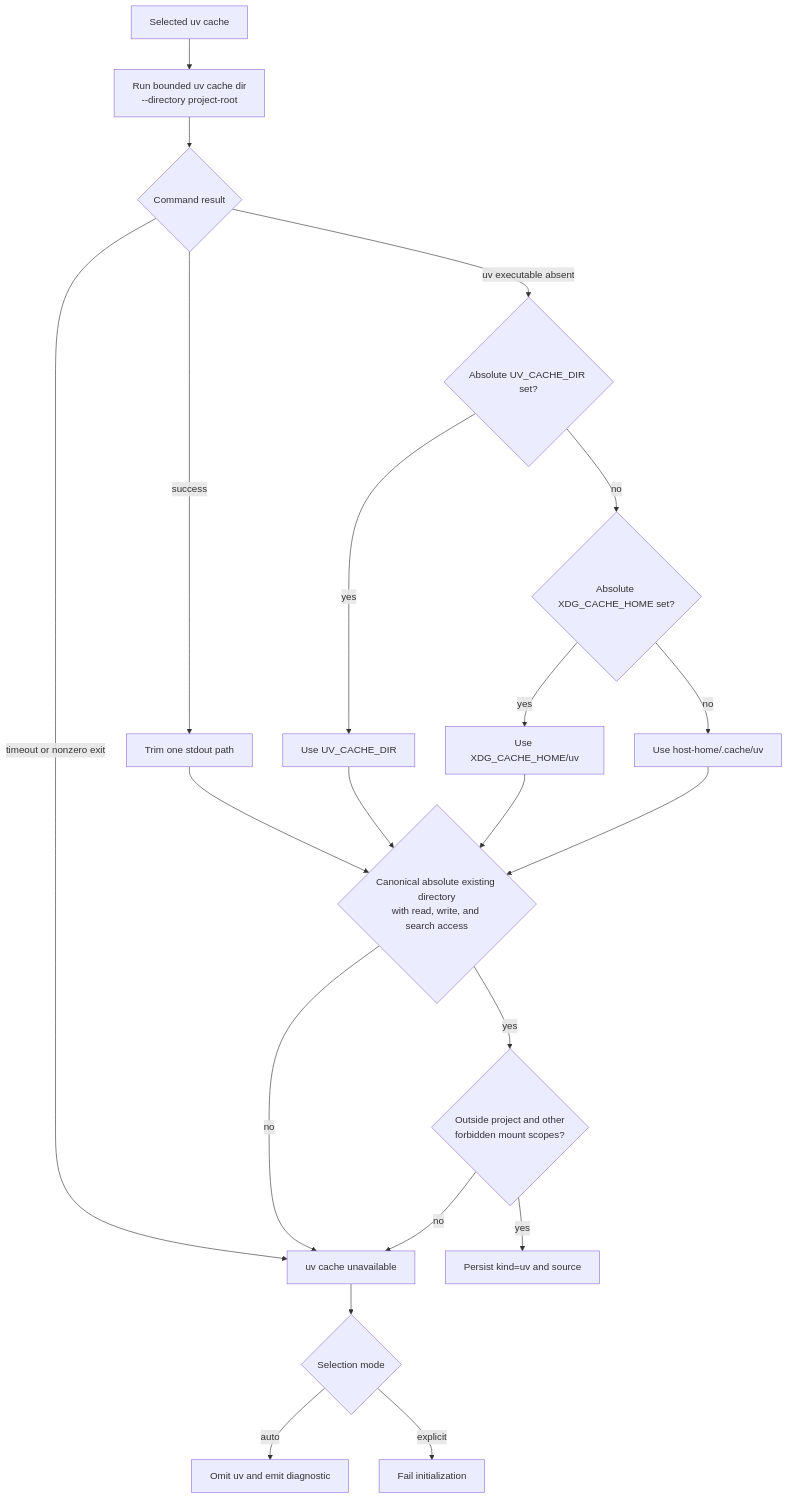
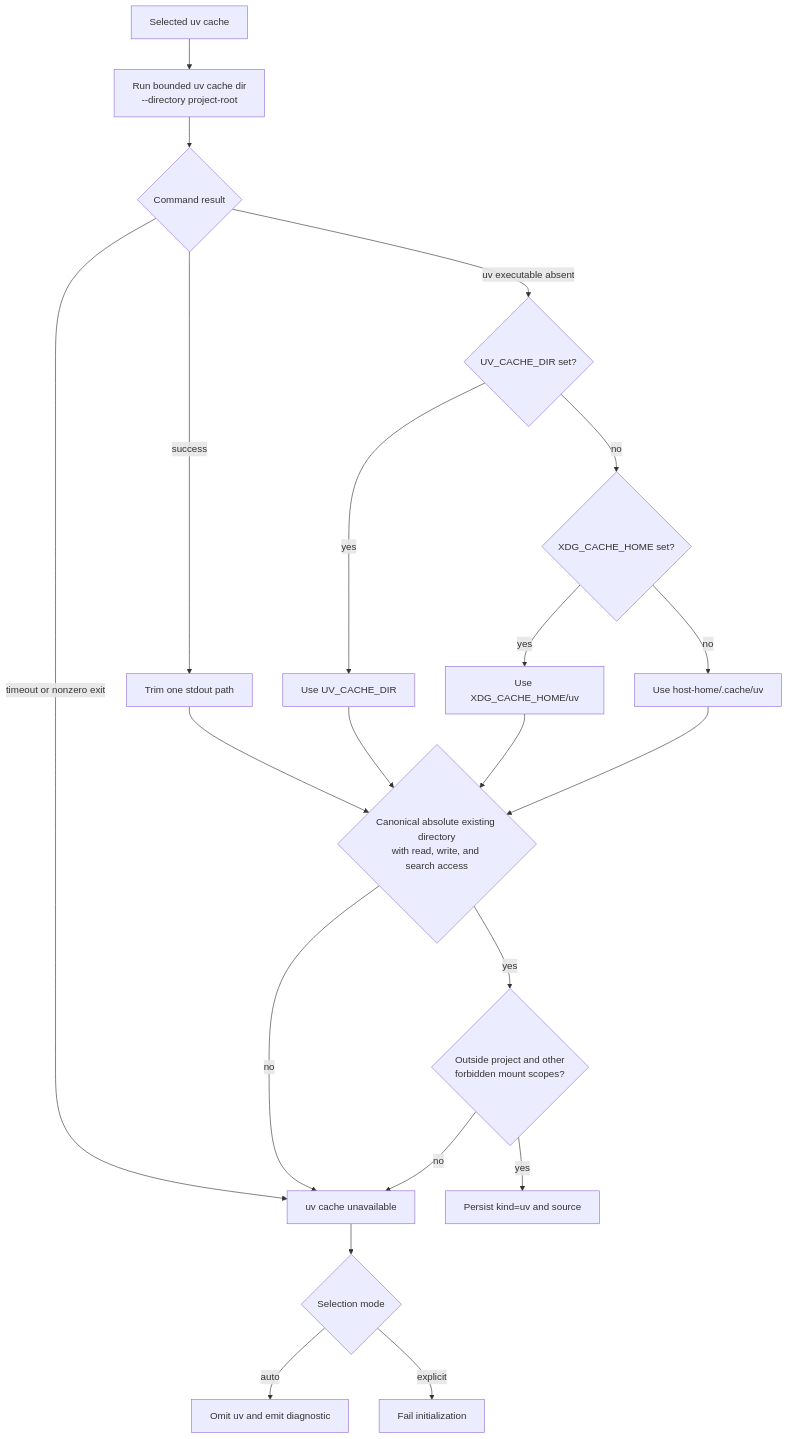
The third of 3 diagrams in docs/design-docs/host-backed-dependency-caches.md (vkuptcov/agents-safe-environment), drawn with Mermaid before and after one commit. The commit also changed other lines of this file and 5 other files, not shown here.

````diff
--- a/docs/design-docs/host-backed-dependency-caches.md
+++ b/docs/design-docs/host-backed-dependency-caches.md
@@ -301,24 +301,24 @@
 ```mermaid
 flowchart TD
     Selected["Selected uv cache"] --> Probe["Run bounded uv cache dir<br/>--directory project-root"]
     Probe --> ProbeResult{"Command result"}
     ProbeResult -->|"success"| Decode["Trim one stdout path"]
-    ProbeResult -->|"uv executable absent"| Env{"Absolute UV_CACHE_DIR set?"}
+    ProbeResult -->|"uv executable absent"| Env{"UV_CACHE_DIR set?"}
     ProbeResult -->|"timeout or nonzero exit"| Unavailable["uv cache unavailable"]
     Env -->|"yes"| EnvCache["Use UV_CACHE_DIR"]
-    Env -->|"no"| XDG{"Absolute XDG_CACHE_HOME set?"}
+    Env -->|"no"| XDG{"XDG_CACHE_HOME set?"}
     XDG -->|"yes"| XDGCache["Use XDG_CACHE_HOME/uv"]
     XDG -->|"no"| HomeCache["Use host-home/.cache/uv"]
     Decode --> Validate
     EnvCache --> Validate
     XDGCache --> Validate
     HomeCache --> Validate
     Validate{"Canonical absolute existing directory<br/>with read, write, and search access"}
     Validate -->|"yes"| ProjectScope{"Outside project and other<br/>forbidden mount scopes?"}
     Validate -->|"no"| Unavailable
     ProjectScope -->|"yes"| Persist["Persist kind=uv and source"]
     ProjectScope -->|"no"| Unavailable
     Unavailable --> SelectionMode{"Selection mode"}
     SelectionMode -->|"auto"| Omit["Omit uv and emit diagnostic"]
     SelectionMode -->|"explicit"| Fail["Fail initialization"]
 ```
````
